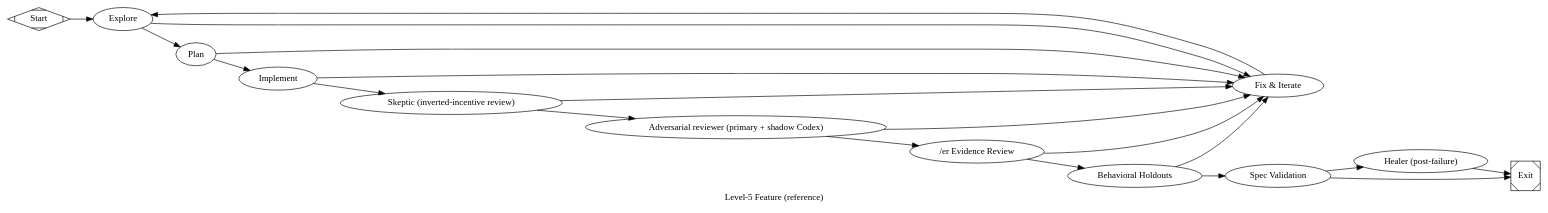
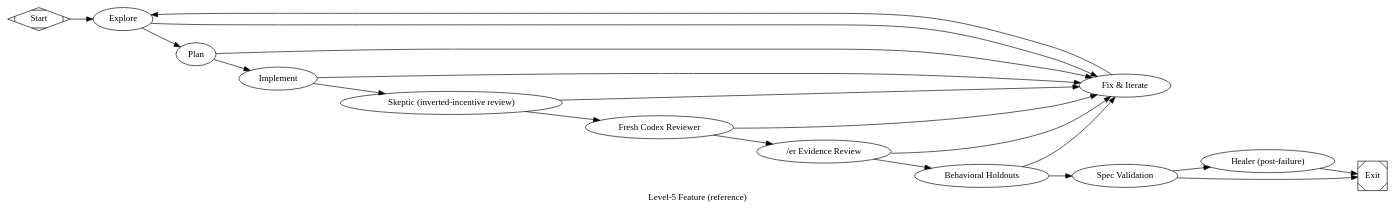
Before and after one commit to jleechanorg/dark-factory: the diagram in pipelines/factory/level5_feature.dot, drawn with Graphviz. The commit also changed 4 other files, not shown here.

Commit message:
Migrate factory reviewers to fresh Codex contract [agy][gpt-5.6-sol]

```diff
--- a/pipelines/factory/level5_feature.dot
+++ b/pipelines/factory/level5_feature.dot
@@ -1,147 +1,148 @@
 // Reference Level-5 (G3 closure) pipeline.
 //
 // This is the canonical implementation of the G3 closure design (see
 // project_2026-06-22_g3_closure_dynamic_node_design.md, bead jleechan-0qy).
 // It is what every `pipelines/factory/*.dot` should converge toward:
 //
 //   * 4 default coding nodes (explore / plan / implement / fix). Each is
 //     a single-phase .dot invocation; the Claude Workflow orchestrator
 //     is responsible for dispatching these as separate .dot runs.
 //   * Hard-tier reviewers (gate_er / gate_skeptic / adversarial_reviewer)
-//     are always present; adversarial_reviewer is a parallel primary+shadow
-//     reviewer, not a raw serial `codex exec` tool. `bin/conformance validate`
-//     rejects factory pipelines that drop them.
+//     are always present; adversarial_reviewer is a fresh fully-tooled
+//     Codex reviewer. `bin/conformance validate` rejects factory pipelines
+//     that drop them.
 //   * Soft-tier nodes (holdout_eval / healer / spec_validation) are
 //     present by default; skip flags allow opt-out on iteration lanes.
 //   * `graph [level5="true"]` forces the level5 rule even on non-factory
 //     paths that include this graph.
 
 digraph Level5Feature {
     graph [
         goal="Reference Level-5 pipeline: explore/plan/implement/fix default nodes + hard-tier reviewers + soft-tier evaluators."
         level5="true"
         label="Level-5 Feature (reference)"
     ]
     rankdir=LR
 
     start [shape=Mdiamond, label="Start"]
     exit  [shape=Msquare,  label="Exit"]
 
     // -- Default coding nodes (driver-aware via ctx.backend) -----------------
     // No `type="dynamic"`, no `default=` fallback, no separate static nodes.
     // Each node is a single codergen invocation; the Claude Workflow
     // orchestrator dispatches successive .dot runs (one per node) using
     // the pipeline `level5="true"` attribute as the orchestration key.
 
     explore [
         type="codergen",
         label="Explore",
         class="explore",
         prompt="@prompts/slim/explore.md",
         max_visits="2",
         timeout=600
     ]
     plan [
         type="codergen",
         label="Plan",
         class="plan",
         prompt="@prompts/slim/plan.md",
         max_visits="2",
         timeout=600
     ]
     implement [
         type="codergen",
         label="Implement",
         class="implement",
         prompt="@prompts/slim/implement.md",
         max_visits="3",
         timeout=600
     ]
     fix [
         type="codergen",
         label="Fix & Iterate",
         class="fix",
         prompt="@prompts/slim/fix.md",
         max_visits="3",
         timeout=600
     ]
 
     // -- Hard-tier reviewers (Level-5 conformance surface) -------------------
 
     gate_skeptic [
         type="gate_skeptic",
         label="Skeptic (inverted-incentive review)",
         backend_priority="codex,minimax,agy,claude-sonnet",
         prefer_adversarial="true",
         timeout=600
     ]
     adversarial_reviewer [
-        type="parallel_reviewer",
-        label="Adversarial reviewer (primary + shadow Codex)",
-        review_contract="cold-review-v1",
-        backend_priority="codex,minimax,agy,claude-sonnet",
-        prefer_adversarial="true",
-        receipt_required="true",
+        type="codergen",
+        label="Fresh Codex Reviewer",
+        class="review",
+        backend="codex",
+        prompt="@prompts/slim/fresh_review.md",
+        fresh_session="true",
+        verdict_gate="true",
         timeout=600
     ]
     gate_er [
         type="gate_er",
         label="/er Evidence Review",
         backend_priority="codex,minimax,agy,claude-sonnet",
         prefer_adversarial="true",
         gate_strict="true",
         timeout=600
     ]
 
     // -- Soft-tier nodes (default-present) -----------------------------------
 
     holdout_eval [
         type="holdout_eval",
         label="Behavioral Holdouts",
         feature="${state.feature}",
         timeout=600
     ]
     healer [
         type="tool",
         label="Healer (post-failure)",
         command="df-healer --cxdb ${ctx.cxdb_path}",
         timeout=600
     ]
     spec_validation [
         type="codergen",
         label="Spec Validation",
         prompt="@prompts/slim/spec_validation.md",
         timeout=600
     ]
 
     // -- Topology ------------------------------------------------------------
     //
     // The Claude Workflow orchestrator runs each .dot invocation from the
     // success/failure of the previous one. Within a single .dot run, the
     // engine still walks the conditional edges below.
 
     start       -> explore
     explore     -> plan         [condition="outcome=success"]
     explore     -> fix          [condition="outcome!=success"]
     plan        -> implement    [condition="outcome=success"]
     plan        -> fix          [condition="outcome!=success"]
     implement   -> gate_skeptic [condition="outcome=success"]
     implement   -> fix          [condition="outcome!=success"]
 
     gate_skeptic        -> adversarial_reviewer [condition="outcome=success"]
     gate_skeptic        -> fix                  [condition="outcome!=success"]
     adversarial_reviewer -> gate_er             [condition="outcome=success"]
     adversarial_reviewer -> fix                 [condition="outcome!=success"]
 
     gate_er     -> holdout_eval [condition="outcome=success"]
     gate_er     -> fix          [condition="outcome!=success"]
 
     holdout_eval -> spec_validation [condition="outcome=success"]
     holdout_eval -> fix             [condition="outcome!=success"]
     spec_validation -> healer       [condition="outcome!=success"]
 
     fix -> explore
 
     healer    -> exit [condition="outcome=success"]
     spec_validation -> exit [condition="outcome=success"]
 }
```
